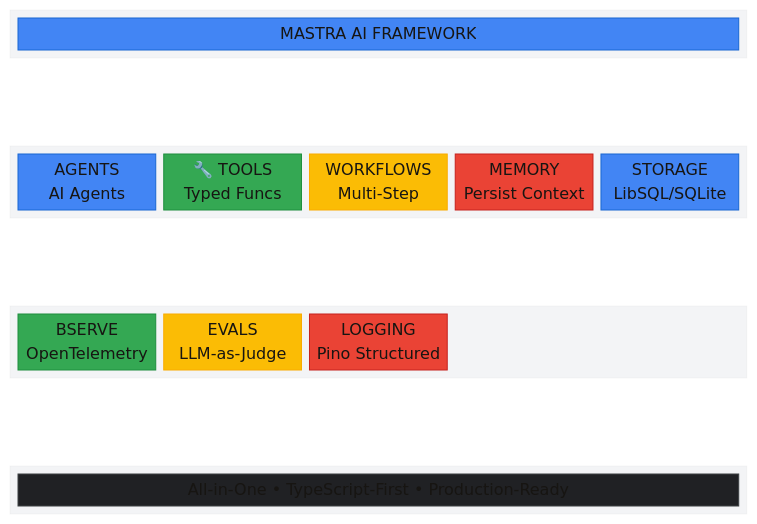
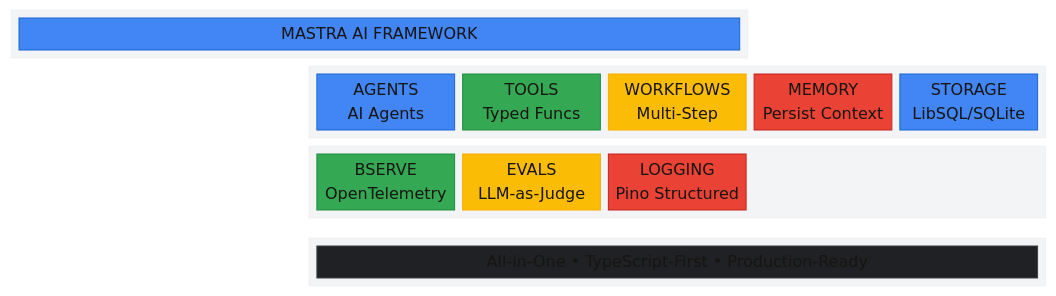
One commit to kranthiB/tech-pulse changed the first of 7 diagrams in docs/frameworks-n-platforms/ai-application-platforms/mastra-ai-framework.md. Above: the diagram before and after it, drawn with Mermaid. The commit also changed other lines of this file and 1 other file, not shown here.

Commit message:
Fix Mastra AI Framework diagram styling and correct index link

````diff
--- a/docs/frameworks-n-platforms/ai-application-platforms/mastra-ai-framework.md
+++ b/docs/frameworks-n-platforms/ai-application-platforms/mastra-ai-framework.md
@@ -52,45 +52,45 @@
 ```mermaid
 %%{init: {'theme': 'base', 'themeVariables': { 'primaryColor': '#4285F4', 'primaryTextColor': '#fff', 'primaryBorderColor': '#1967D2', 'lineColor': '#5F6368', 'secondaryColor': '#F1F3F4', 'tertiaryColor': '#E8EAED'}}}%%
 block-beta
     columns 5
     
     block:header:5
         title["MASTRA AI FRAMEWORK"]
     end
     
-    space:5
+    space:2
     
     block:row1:5
         agents["AGENTS<br/>AI Agents"]
-        tools["🔧 TOOLS<br/>Typed Funcs"]
+        tools["TOOLS<br/>Typed Funcs"]
         workflows["WORKFLOWS<br/>Multi-Step"]
         memory["MEMORY<br/>Persist Context"]
         storage["STORAGE<br/>LibSQL/SQLite"]
     end
     
-    space:5
+    space:2
     
     block:row2:5
         observe["BSERVE<br/>OpenTelemetry"]
         evals["EVALS<br/>LLM-as-Judge"]
         logging["LOGGING<br/>Pino Structured"]
         space:2
     end
     
-    space:5
+    space:2
     
     block:footer:5
         tagline["All-in-One • TypeScript-First • Production-Ready"]
     end
 
     style title fill:#4285F4,stroke:#1967D2,color:#fff
     style agents fill:#4285F4,stroke:#1967D2,color:#fff
     style tools fill:#34A853,stroke:#1E8E3E,color:#fff
     style workflows fill:#FBBC05,stroke:#F9AB00,color:#202124
     style memory fill:#EA4335,stroke:#C5221F,color:#fff
     style storage fill:#4285F4,stroke:#1967D2,color:#fff
     style observe fill:#34A853,stroke:#1E8E3E,color:#fff
     style evals fill:#FBBC05,stroke:#F9AB00,color:#202124
     style logging fill:#EA4335,stroke:#C5221F,color:#fff
     style tagline fill:#202124,stroke:#3C4043,color:#fff
 ```
````
